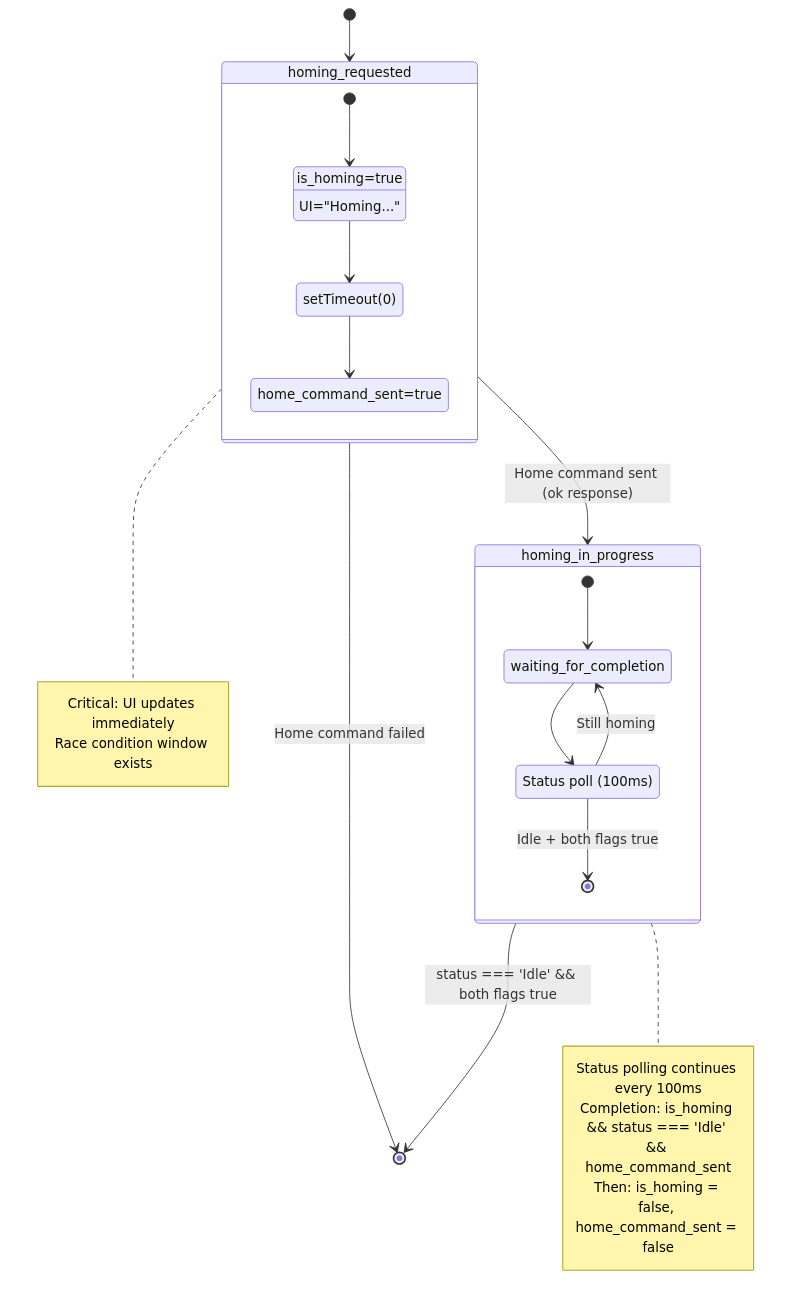
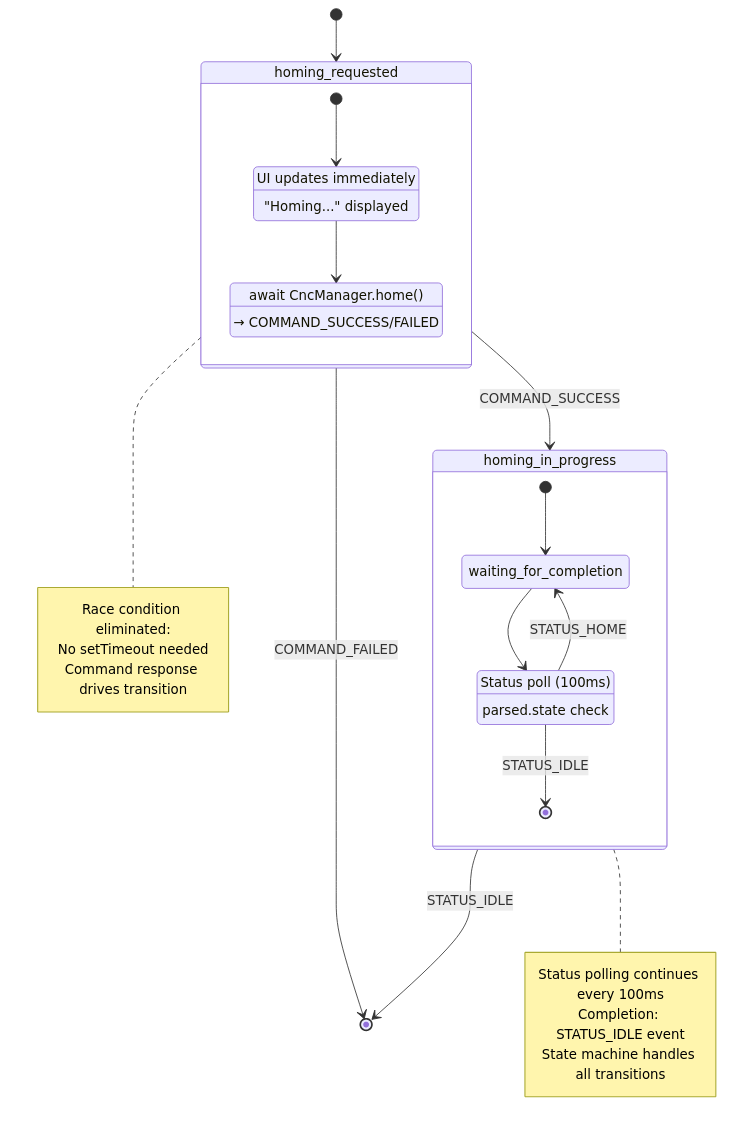
The fifth of 6 diagrams in homing_state_diagrams.md (berickson/cnc), drawn with Mermaid before and after one commit. The commit also changed other lines of this file and 7 other files, not shown here.

````diff
--- a/homing_state_diagrams.md
+++ b/homing_state_diagrams.md
@@ -141,38 +141,39 @@
 ```mermaid
 stateDiagram-v2
     [*] --> homing_requested
-    homing_requested --> homing_in_progress : Home command sent (ok response)
-    homing_in_progress --> [*] : status === 'Idle' && both flags true
-    homing_requested --> [*] : Home command failed
+    homing_requested --> homing_in_progress : COMMAND_SUCCESS
+    homing_in_progress --> [*] : STATUS_IDLE
+    homing_requested --> [*] : COMMAND_FAILED
     
     state homing_requested {
         [*] --> set_flags
-        set_flags --> defer_command
-        defer_command --> send_command
+        set_flags --> send_command
         
-        set_flags : is_homing=true
-        set_flags : UI="Homing..."
-        defer_command : setTimeout(0)
-        send_command : home_command_sent=true
+        set_flags : UI updates immediately
+        set_flags : "Homing..." displayed
+        send_command : await CncManager.home()
+        send_command : → COMMAND_SUCCESS/FAILED
     }
     
     state homing_in_progress {
         [*] --> waiting_for_completion
         waiting_for_completion --> check_status
-        check_status --> waiting_for_completion : Still homing
-        check_status --> [*] : Idle + both flags true
+        check_status --> waiting_for_completion : STATUS_HOME
+        check_status --> [*] : STATUS_IDLE
         
         check_status : Status poll (100ms)
+        check_status : parsed.state check
     }
     
     note right of homing_requested
-        Critical: UI updates immediately
-        Race condition window exists
+        Race condition eliminated:
+        No setTimeout needed
+        Command response drives transition
     end note
     
     note right of homing_in_progress
         Status polling continues every 100ms
-        Completion: is_homing && status === 'Idle' && home_command_sent
-        Then: is_homing = false, home_command_sent = false
+        Completion: STATUS_IDLE event
+        State machine handles all transitions
     end note
 ```
````
